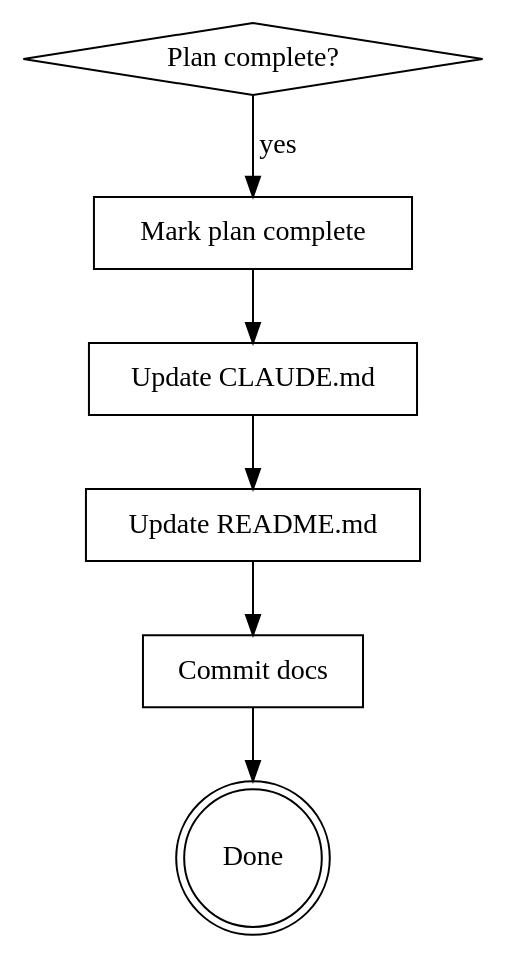
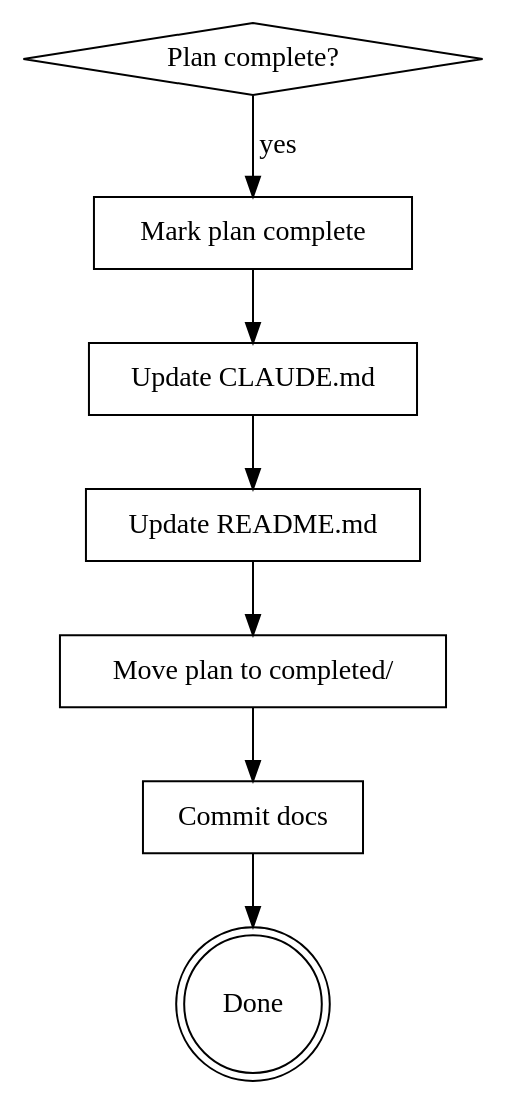
The diagram in skills/documenting-completed-implementation/SKILL.md (obra/superpowers), drawn with Graphviz before and after one commit. The commit also changed other lines of this file and 3 other files, not shown here.

````diff
--- a/skills/documenting-completed-implementation/SKILL.md
+++ b/skills/documenting-completed-implementation/SKILL.md
@@ -31,17 +31,19 @@
 ```dot
 digraph doc_flow {
     rankdir=TB;
     "Plan complete?" [shape=diamond];
     "Mark plan complete" [shape=box];
     "Update CLAUDE.md" [shape=box];
     "Update README.md" [shape=box];
+    "Move plan to completed/" [shape=box];
     "Commit docs" [shape=box];
     "Done" [shape=doublecircle];
 
     "Plan complete?" -> "Mark plan complete" [label="yes"];
     "Mark plan complete" -> "Update CLAUDE.md";
     "Update CLAUDE.md" -> "Update README.md";
-    "Update README.md" -> "Commit docs";
+    "Update README.md" -> "Move plan to completed/";
+    "Move plan to completed/" -> "Commit docs";
     "Commit docs" -> "Done";
 }
 ```
````
